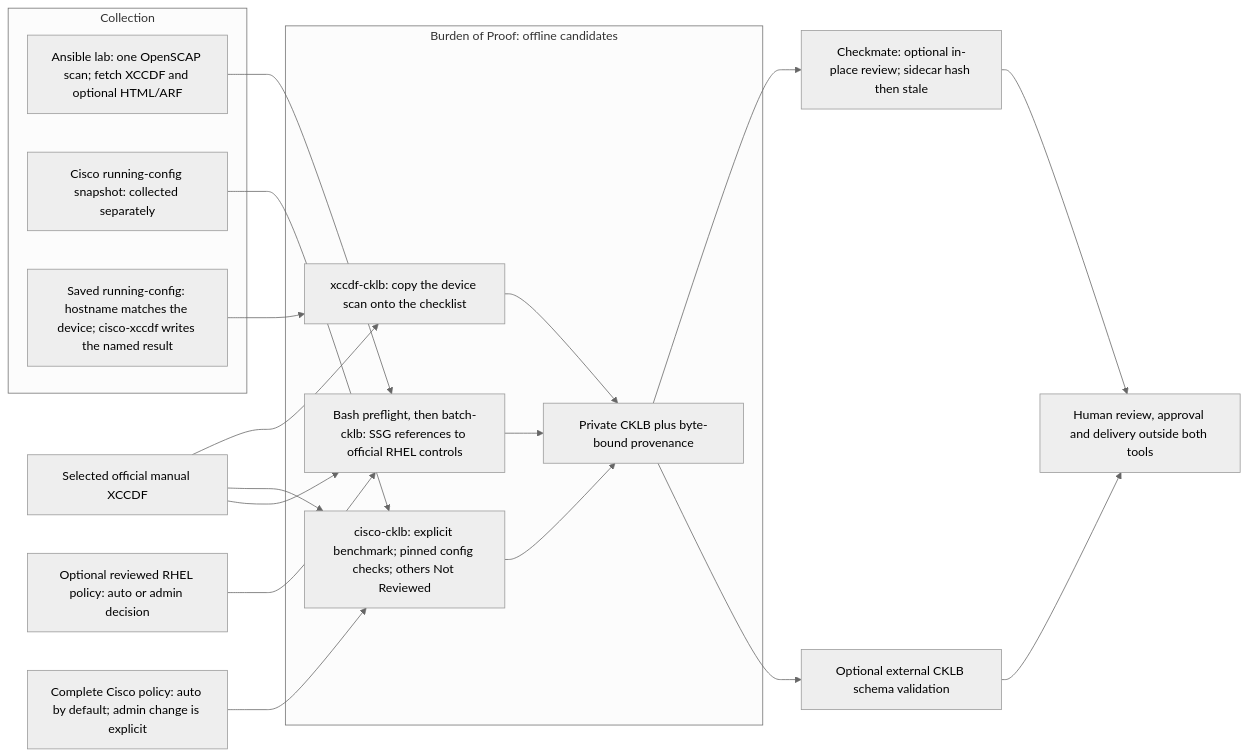
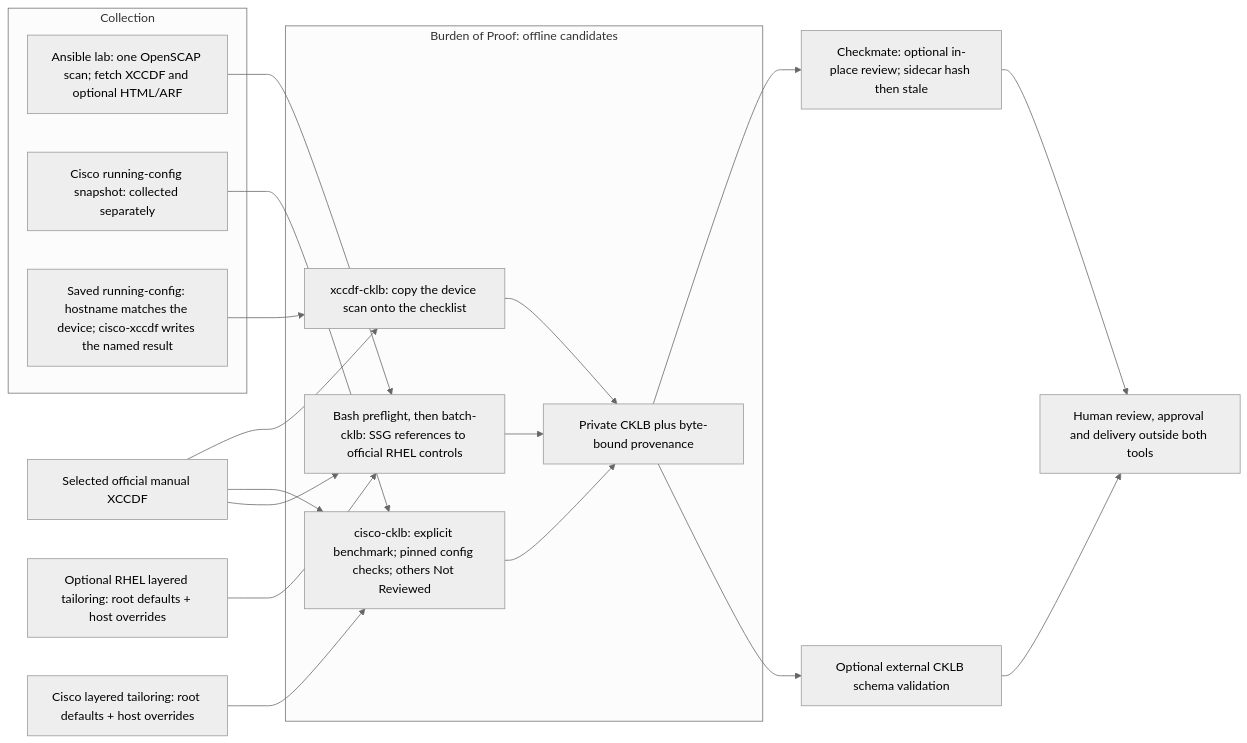
One commit to zcook44/burden-of-proof changed the diagram in README.md. Above: the diagram before and after it, drawn with Mermaid (neutral theme). The commit also changed other lines of this file and 3 other files, not shown here.

First line of the commit message:
Update documentation for layered tailoring system

````diff
--- a/README.md
+++ b/README.md
@@ -27,29 +28,29 @@
 ```mermaid
 flowchart LR
     subgraph SOURCES["Collection"]
         lab["Ansible lab: one OpenSCAP scan; fetch XCCDF and optional HTML/ARF"]
         config["Cisco running-config snapshot: collected separately"]
         netscan["Saved running-config: hostname matches the device; cisco-xccdf writes the named result"]
     end
     subgraph CONVERSION["Burden of Proof: offline candidates"]
         rhel["Bash preflight, then batch-cklb: SSG references to official RHEL controls"]
         cisco["cisco-cklb: explicit benchmark; pinned config checks; others Not Reviewed"]
         xccdf["xccdf-cklb: copy the device scan onto the checklist"]
         candidate["Private CKLB plus byte-bound provenance"]
         rhel --> candidate
         cisco --> candidate
         xccdf --> candidate
     end
     lab --> rhel
     config --> cisco
     netscan --> xccdf
     benchmark["Selected official manual XCCDF"] --> rhel
     benchmark --> cisco
     benchmark --> xccdf
-    osPolicy["Optional reviewed RHEL policy: auto or admin decision"] --> rhel
-    ciscoPolicy["Complete Cisco policy: auto by default; admin change is explicit"] --> cisco
+    osPolicy["Optional RHEL layered tailoring: root defaults + host overrides"] --> rhel
+    ciscoPolicy["Cisco layered tailoring: root defaults + host overrides"] --> cisco
     candidate --> schema["Optional external CKLB schema validation"]
     candidate --> editor["Checkmate: optional in-place review; sidecar hash then stale"]
     schema --> human["Human review, approval and delivery outside both tools"]
     editor --> human
 ```
````
